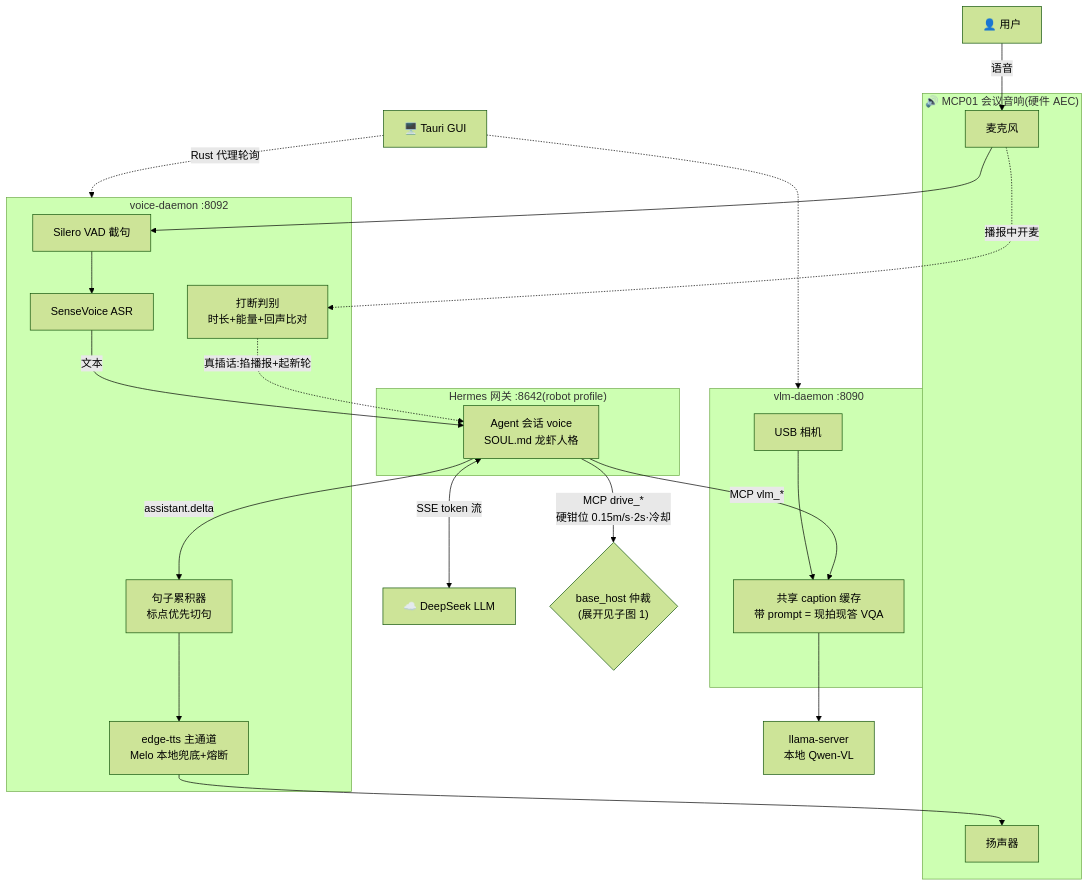
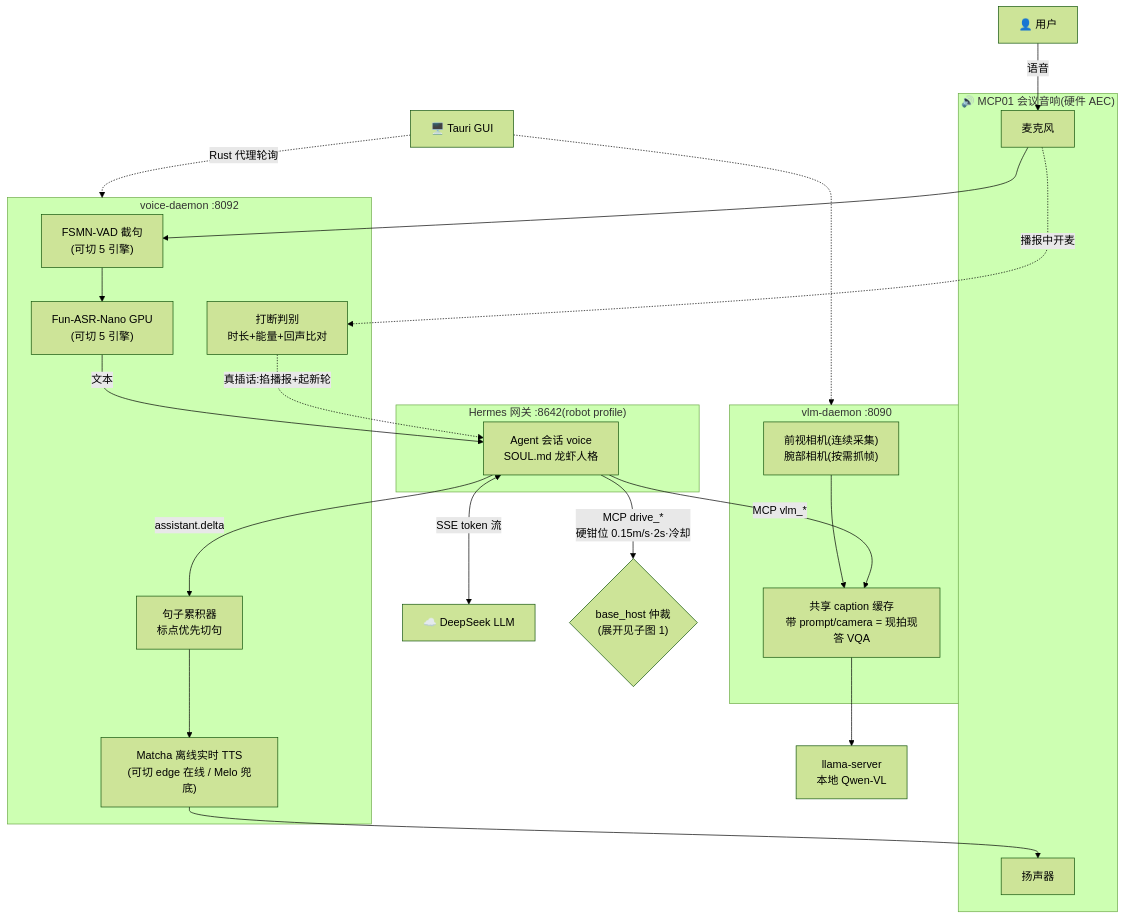
The fourth of 4 diagrams in README.md (vitorcen/lekiwi-jetson-orin), drawn with Mermaid (forest theme) before and after one commit. The commit also changed other lines of this file and 2 other files, not shown here.

Commit message:
docs(readme): refresh engine lineup, add voice and agent tab screenshots

````diff
--- a/README.md
+++ b/README.md
@@ -157,40 +157,40 @@
 ```mermaid
 flowchart TB
     U["👤 用户"]
 
     subgraph mcp01["🔊 MCP01 会议音响(硬件 AEC)"]
         MIC[麦克风]
         SPK[扬声器]
     end
 
     subgraph voice["voice-daemon :8092"]
-        VAD[Silero VAD 截句] --> ASR[SenseVoice ASR]
-        ACC[句子累积器<br/>标点优先切句] --> TTS[edge-tts 主通道<br/>Melo 本地兜底+熔断]
+        VAD["FSMN-VAD 截句<br/>(可切 5 引擎)"] --> ASR["Fun-ASR-Nano GPU<br/>(可切 5 引擎)"]
+        ACC[句子累积器<br/>标点优先切句] --> TTS["Matcha 离线实时 TTS<br/>(可切 edge 在线 / Melo 兜底)"]
         BARGE[打断判别<br/>时长+能量+回声比对]
     end
 
     subgraph hermes["Hermes 网关 :8642(robot profile)"]
         AGENT[Agent 会话 voice<br/>SOUL.md 龙虾人格]
     end
     LLM[☁️ DeepSeek LLM]
 
     subgraph vision["vlm-daemon :8090"]
-        CAM[USB 相机] --> VQA[共享 caption 缓存<br/>带 prompt = 现拍现答 VQA]
+        CAM["前视相机(连续采集)<br/>腕部相机(按需抓帧)"] --> VQA[共享 caption 缓存<br/>带 prompt/camera = 现拍现答 VQA]
     end
     LLAMA[llama-server<br/>本地 Qwen-VL]
 
     BH{"base_host 仲裁<br/>(展开见子图 1)"}
 
     U -->|语音| MIC --> VAD
     ASR -->|文本| AGENT
     AGENT <-->|SSE token 流| LLM
     AGENT -->|MCP vlm_*| VQA
     VQA --> LLAMA
     AGENT -->|MCP drive_*<br/>硬钳位 0.15m/s·2s·冷却| BH
     AGENT -->|assistant.delta| ACC
     TTS --> SPK
     MIC -.->|播报中开麦| BARGE -.->|真插话:掐播报+起新轮| AGENT
 
     GUI[🖥️ Tauri GUI] -.->|Rust 代理轮询| voice
     GUI -.-> vision
 ```
````
